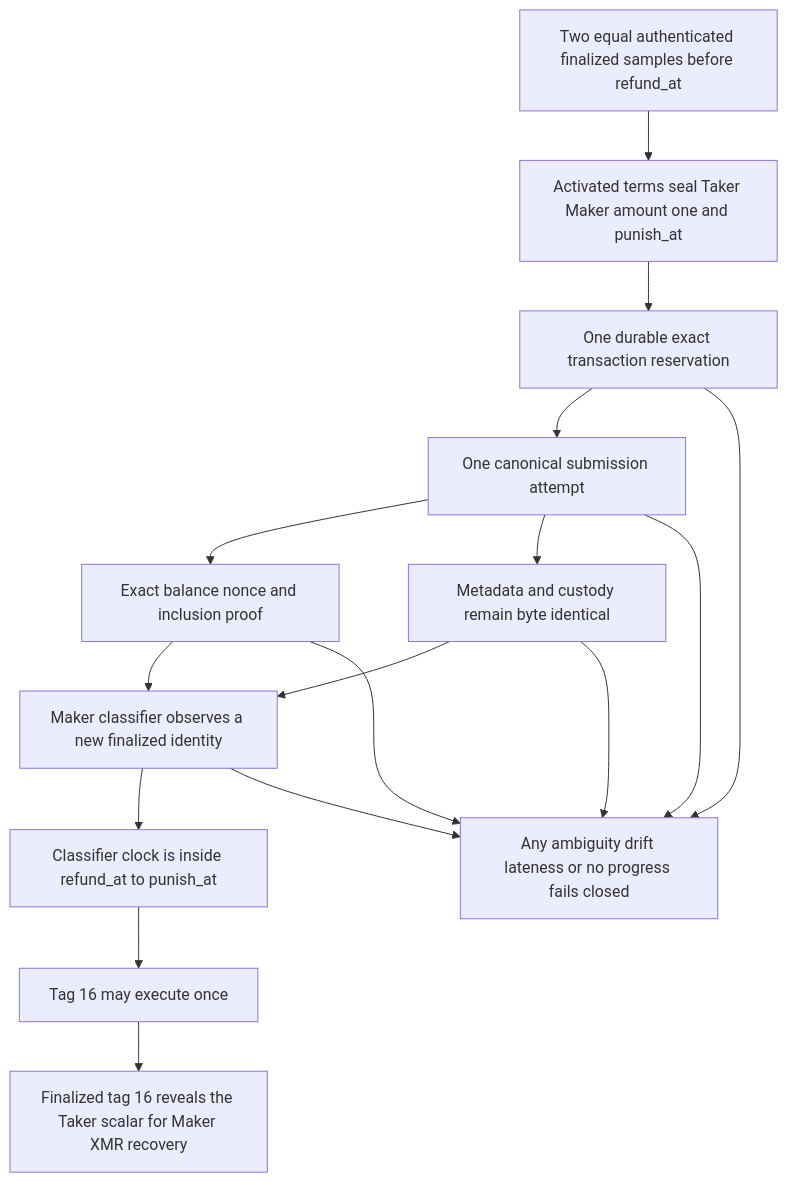
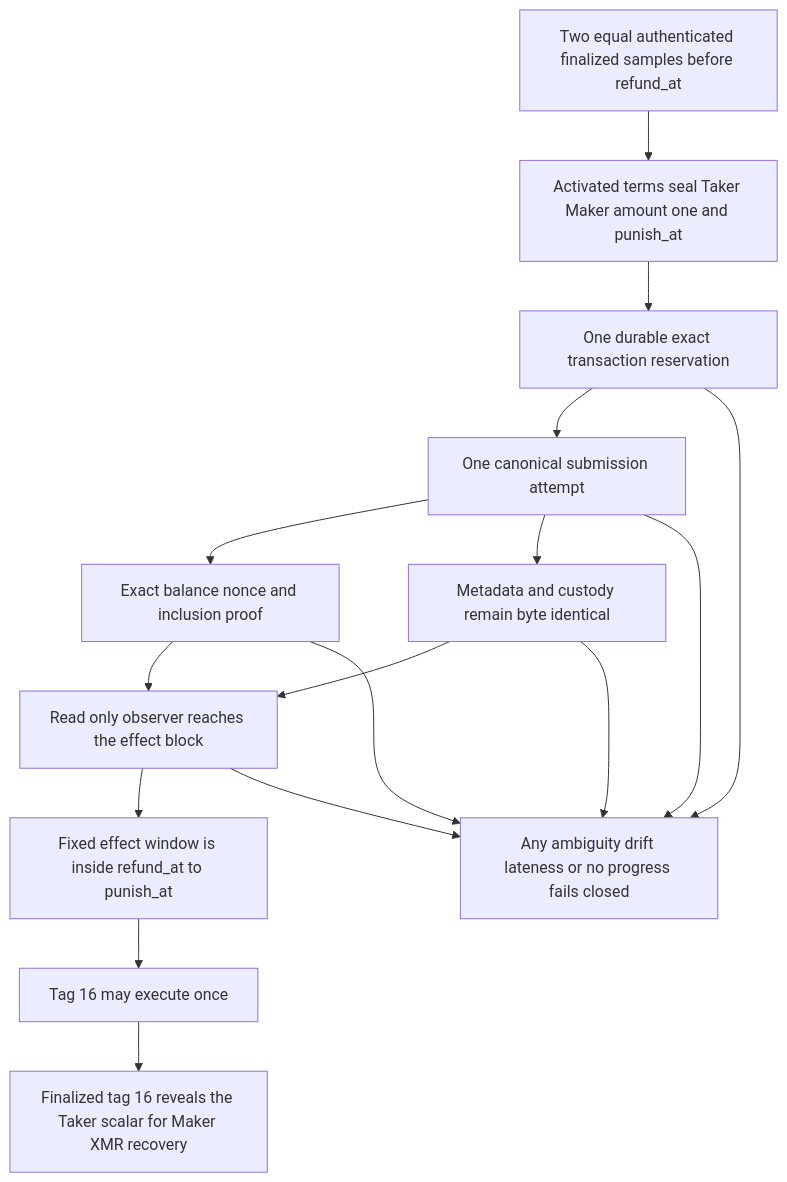
Before and after one commit to gateway-fm/lez-atomic-swaps: the third of 3 diagrams in docs/architecture/0123-drive-the-local-finalized-clock-with-one-sealed-effect.md, drawn with Mermaid. The commit also changed other lines of this file and 20 other files, not shown here.

Commit message:
fix(m5): observe the current finalized clock

````diff
--- a/docs/architecture/0123-drive-the-local-finalized-clock-with-one-sealed-effect.md
+++ b/docs/architecture/0123-drive-the-local-finalized-clock-with-one-sealed-effect.md
@@ -186,26 +211,26 @@
 ```mermaid
 flowchart TD
     Stall["Two equal authenticated finalized samples before refund_at"]
     Seal["Activated terms seal Taker Maker amount one and punish_at"]
     Reserve["One durable exact transaction reservation"]
     Effect["One canonical submission attempt"]
     Account["Exact balance nonce and inclusion proof"]
     Escrow["Metadata and custody remain byte identical"]
-    Finality["Maker classifier observes a new finalized identity"]
-    Window["Classifier clock is inside refund_at to punish_at"]
+    Finality["Read only observer reaches the effect block"]
+    Window["Fixed effect window is inside refund_at to punish_at"]
     Refund["Tag 16 may execute once"]
     Recovery["Finalized tag 16 reveals the Taker scalar for Maker XMR recovery"]
     Stop["Any ambiguity drift lateness or no progress fails closed"]
 
     Stall --> Seal --> Reserve --> Effect
     Effect --> Account
     Effect --> Escrow
     Account --> Finality
     Escrow --> Finality
     Finality --> Window --> Refund --> Recovery
     Reserve --> Stop
     Effect --> Stop
     Account --> Stop
     Escrow --> Stop
     Finality --> Stop
 ```
````
